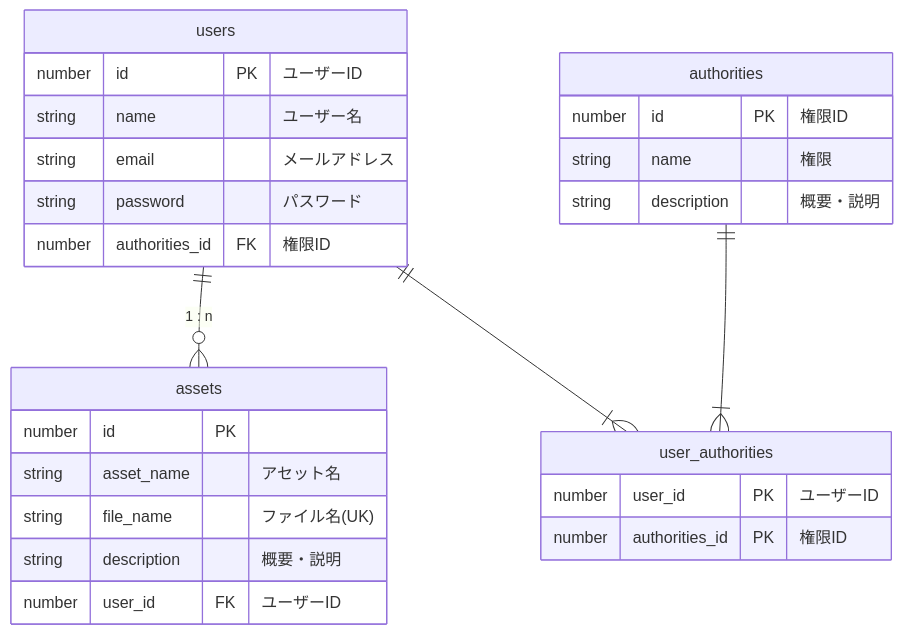
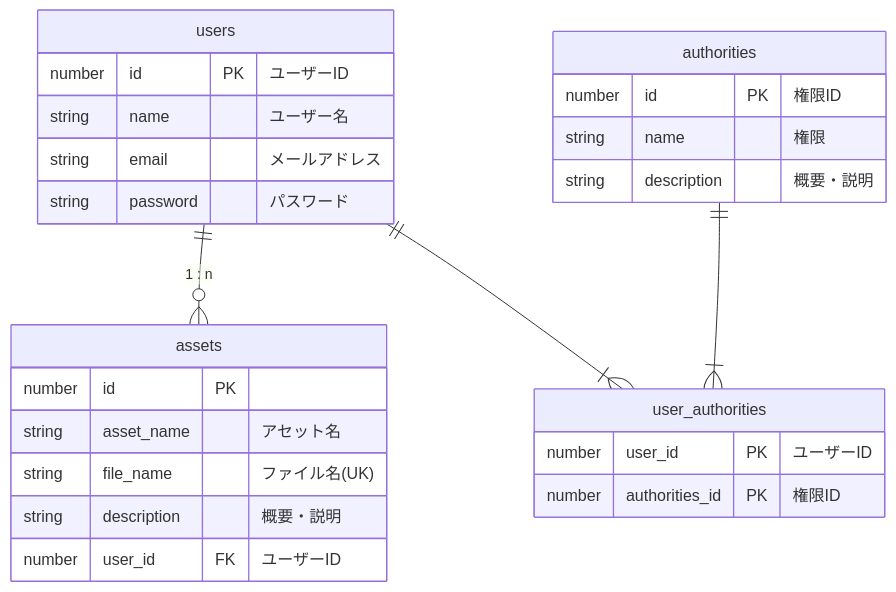
The diagram in ER-Diagram.md (illionillion/ra-assets-share-dev), drawn with Mermaid before and after one commit. The commit also changed 1 other file, not shown here.

Commit message:
users.authorities_id削除

````diff
--- a/ER-Diagram.md
+++ b/ER-Diagram.md
@@ -3,35 +3,34 @@
 ```mermaid
 erDiagram
 
 users ||--o{ assets: "1 : n"
 users ||--|{ user_authorities: ""
 authorities ||--|{ user_authorities: ""
 
 assets {
     number id PK ""
     string asset_name "アセット名"
     string file_name  "ファイル名(UK)"
     string description "概要・説明"
     number user_id FK "ユーザーID"
 }
 
 users {
     number id PK "ユーザーID"
     string name "ユーザー名"
     string email "メールアドレス"
     string password "パスワード"
-    number authorities_id FK "権限ID"
 }
 
 authorities {
     number id PK "権限ID"
     string name "権限"
     string description "概要・説明"
 }
 
 user_authorities {
     number user_id PK "ユーザーID"
     number authorities_id PK "権限ID"
 }
 
 ```
````
